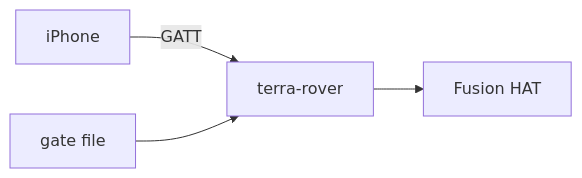
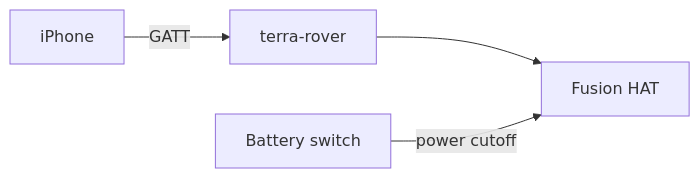
The second of 4 diagrams in docs/hardware/INSTALL.md (Super-Yojan/Terra), drawn with Mermaid before and after one commit. The commit also changed other lines of this file and 20 other files, not shown here.

````diff
--- a/docs/hardware/INSTALL.md
+++ b/docs/hardware/INSTALL.md
@@ -90,6 +90,6 @@
 ```mermaid
 flowchart LR
   Phone[iPhone] -->|GATT| Pi[terra-rover]
   Pi --> Hat[Fusion HAT]
-  Gate[gate file] --> Pi
+  Battery[Battery switch] -->|power cutoff| Hat
 ```
````
